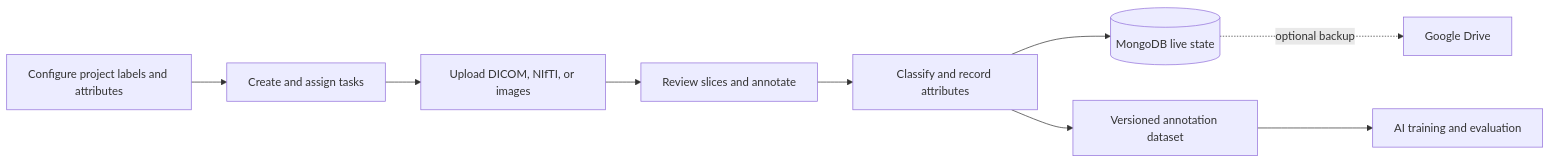
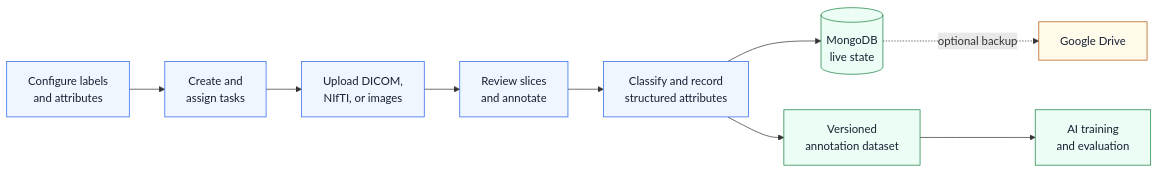
Before and after one commit to MedAPAC/Medical-Image-Annotation-Web-App: the first of 2 diagrams in README.md, drawn with Mermaid. The commit also changed other lines of this file, not shown here.

````diff
--- a/README.md
+++ b/README.md
@@ -57,11 +82,18 @@
 ```mermaid
 flowchart LR
-    A[Configure project labels and attributes] --> B[Create and assign tasks]
-    B --> C[Upload DICOM, NIfTI, or images]
-    C --> D[Review slices and annotate]
-    D --> E[Classify and record attributes]
-    E --> F[(MongoDB live state)]
-    E --> G[Versioned annotation dataset]
+    A[Configure labels<br>and attributes] --> B[Create and<br>assign tasks]
+    B --> C[Upload DICOM,<br>NIfTI, or images]
+    C --> D[Review slices<br>and annotate]
+    D --> E[Classify and record<br>structured attributes]
+    E --> F[(MongoDB<br>live state)]
+    E --> G[Versioned<br>annotation dataset]
     F -. optional backup .-> H[Google Drive]
-    G --> I[AI training and evaluation]
+    G --> I[AI training<br>and evaluation]
+
+    classDef action fill:#eff6ff,stroke:#2563eb,color:#172033,stroke-width:1px;
+    classDef data fill:#ecfdf5,stroke:#15803d,color:#172033,stroke-width:1px;
+    classDef optional fill:#fffbeb,stroke:#b45309,color:#172033,stroke-width:1px;
+    class A,B,C,D,E action;
+    class F,G,I data;
+    class H optional;
 ```
````
